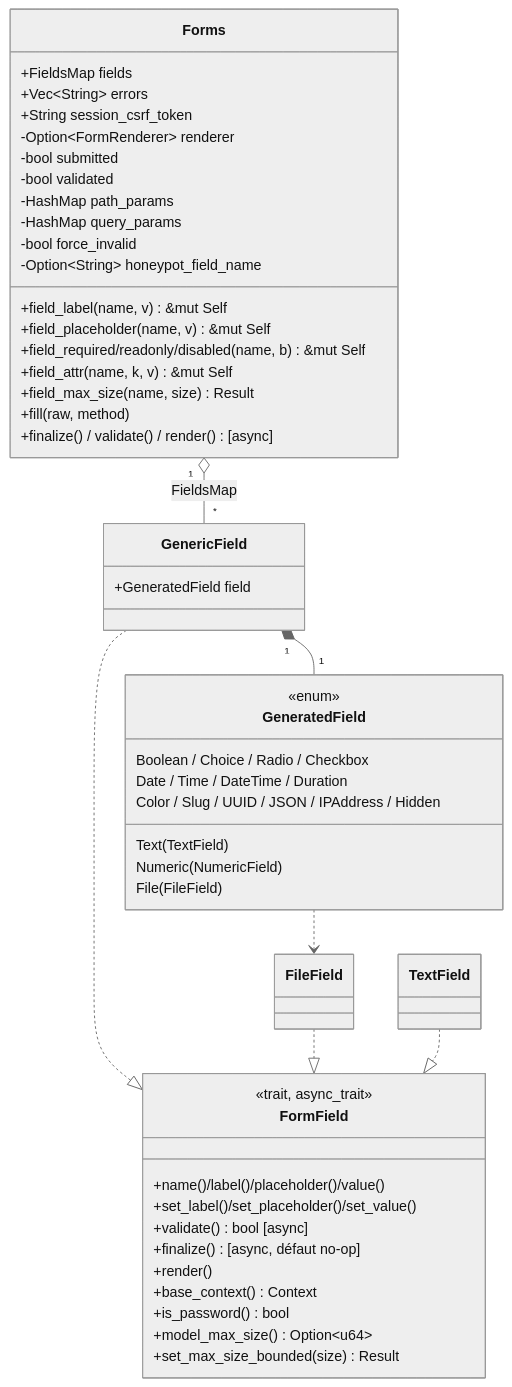
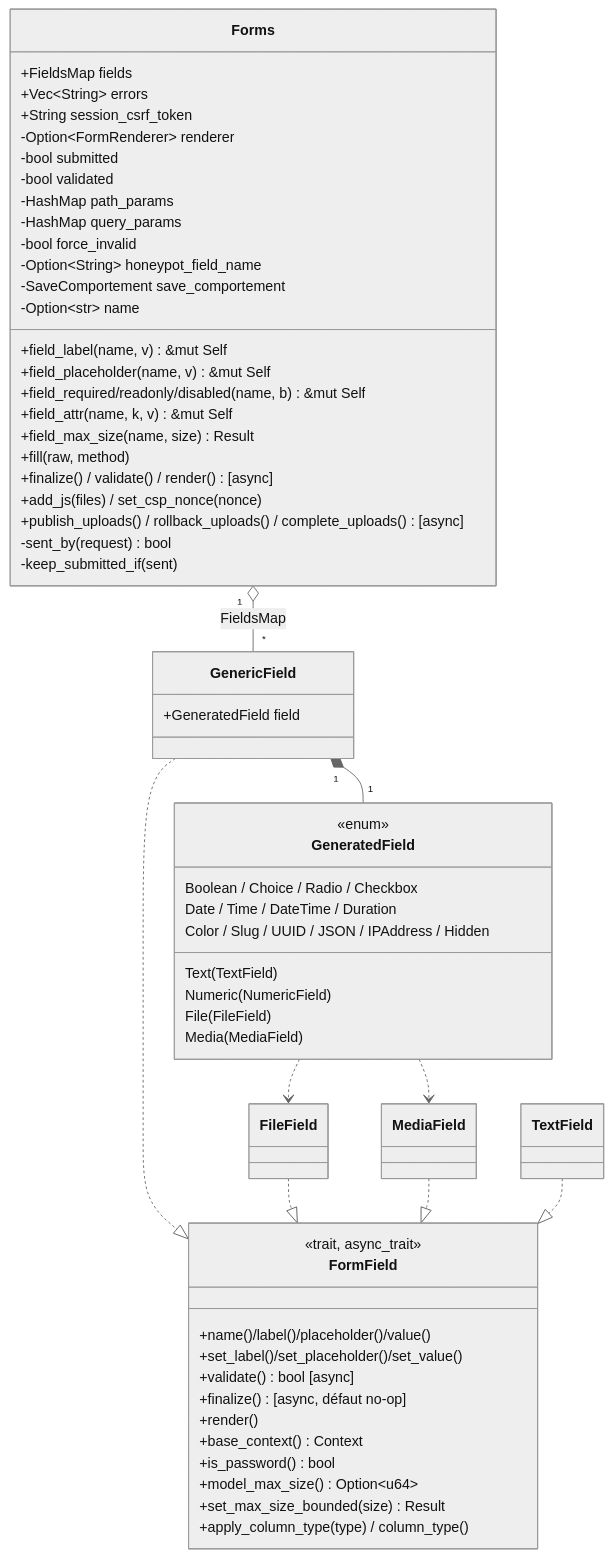
Before and after one commit to seb-alliot/runique: the first of 2 diagrams in diagramme/uml/forms/formulaires.md, drawn with Mermaid (neutral theme). The commit also changed other lines of this file and 56 other files, not shown here.

````diff
--- a/diagramme/uml/forms/formulaires.md
+++ b/diagramme/uml/forms/formulaires.md
@@ -8,52 +8,62 @@
 ```mermaid
 classDiagram
     class Forms {
         +FieldsMap fields
         +Vec~String~ errors
         +String session_csrf_token
         -Option~FormRenderer~ renderer
         -bool submitted
         -bool validated
         -HashMap path_params
         -HashMap query_params
         -bool force_invalid
         -Option~String~ honeypot_field_name
+        -SaveComportement save_comportement
+        -Option~str~ name
         +field_label(name, v) &mut Self
         +field_placeholder(name, v) &mut Self
         +field_required/readonly/disabled(name, b) &mut Self
         +field_attr(name, k, v) &mut Self
         +field_max_size(name, size) Result
         +fill(raw, method)
         +finalize() / validate() / render() [async]
+        +add_js(files) / set_csp_nonce(nonce)
+        +publish_uploads() / rollback_uploads() / complete_uploads() [async]
+        -sent_by(request) bool
+        -keep_submitted_if(sent)
     }
     class FormField {
         <<trait, async_trait>>
         +name()/label()/placeholder()/value()
         +set_label()/set_placeholder()/set_value()
         +validate() bool [async]
         +finalize() [async, défaut no-op]
         +render()
         +base_context() Context
         +is_password() bool
         +model_max_size() Option~u64~
         +set_max_size_bounded(size) Result
+        +apply_column_type(type) / column_type()
     }
     class GenericField {
         +GeneratedField field
     }
     class GeneratedField {
         <<enum>>
         Text(TextField)
         Numeric(NumericField)
         File(FileField)
+        Media(MediaField)
         Boolean / Choice / Radio / Checkbox
         Date / Time / DateTime / Duration
         Color / Slug / UUID / JSON / IPAddress / Hidden
     }
     Forms "1" o-- "*" GenericField : FieldsMap
     GenericField "1" *-- "1" GeneratedField
     GenericField ..|> FormField
     GeneratedField ..> FileField
+    GeneratedField ..> MediaField
     FileField ..|> FormField
+    MediaField ..|> FormField
     TextField ..|> FormField
 ```
````
